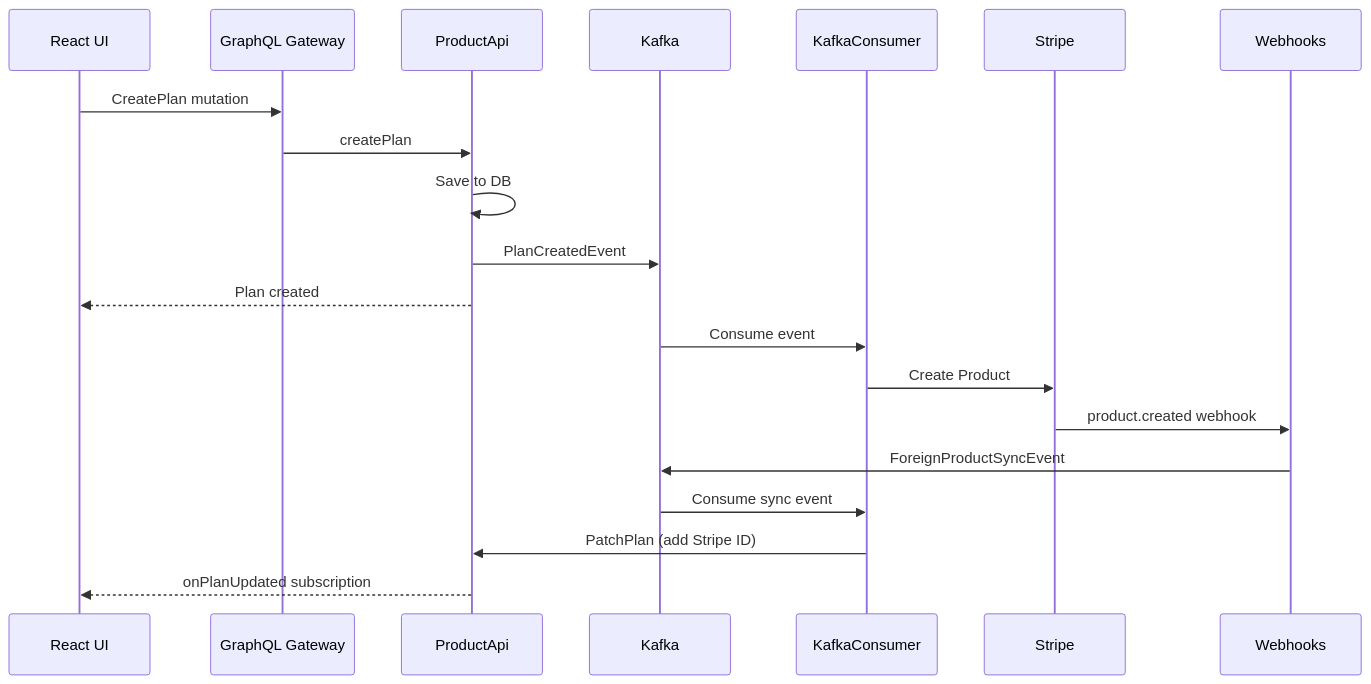
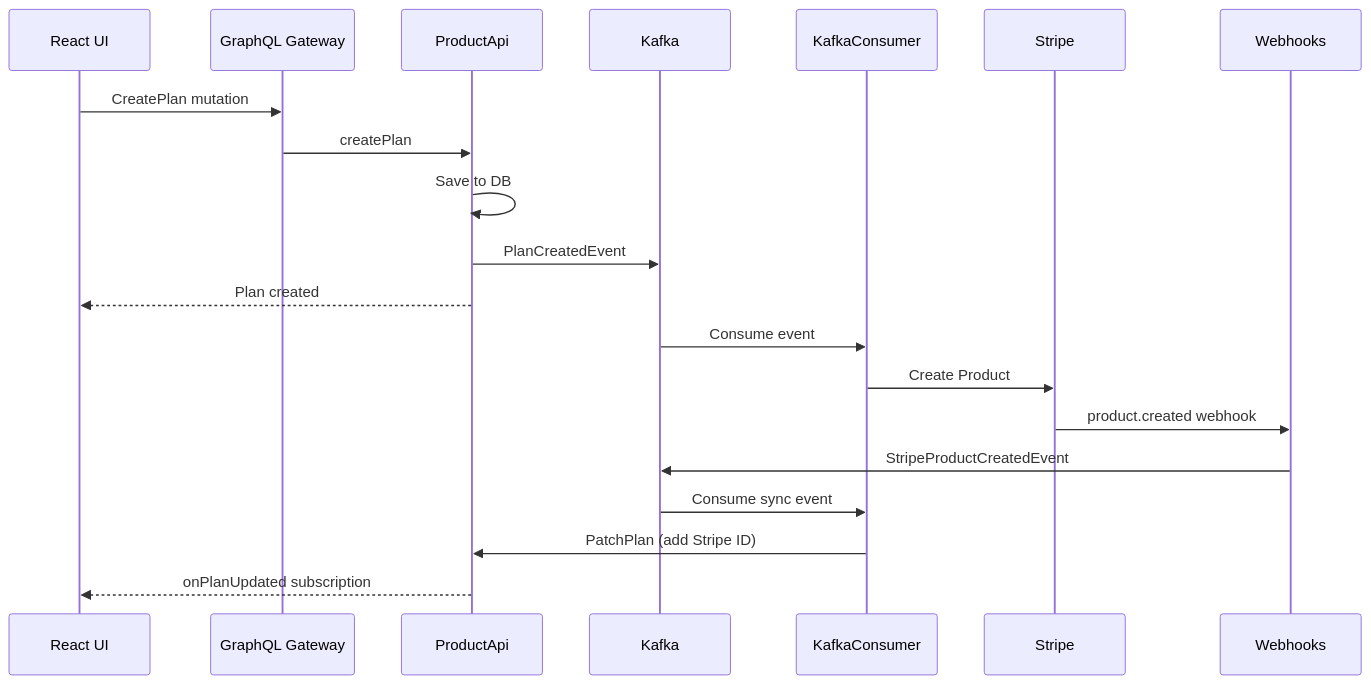
The second of 2 diagrams in mkdocs/docs/index.md (getnudges/monov4), drawn with Mermaid before and after one commit. The commit also changed 37 other files, not shown here.

Commit message:
Got rid of foreign product concept in events

````diff
--- a/mkdocs/docs/index.md
+++ b/mkdocs/docs/index.md
@@ -127,24 +127,24 @@
 ```mermaid
 sequenceDiagram
     participant UI as React UI
     participant Gateway as GraphQL Gateway
     participant API as ProductApi
     participant Kafka
     participant Consumer as KafkaConsumer
     participant Stripe
     participant Webhooks
 
     UI->>Gateway: CreatePlan mutation
     Gateway->>API: createPlan
     API->>API: Save to DB
     API->>Kafka: PlanCreatedEvent
     API-->>UI: Plan created
 
     Kafka->>Consumer: Consume event
     Consumer->>Stripe: Create Product
     Stripe->>Webhooks: product.created webhook
-    Webhooks->>Kafka: ForeignProductSyncEvent
+    Webhooks->>Kafka: StripeProductCreatedEvent
     Kafka->>Consumer: Consume sync event
     Consumer->>API: PatchPlan (add Stripe ID)
     API-->>UI: onPlanUpdated subscription
 ```
````
